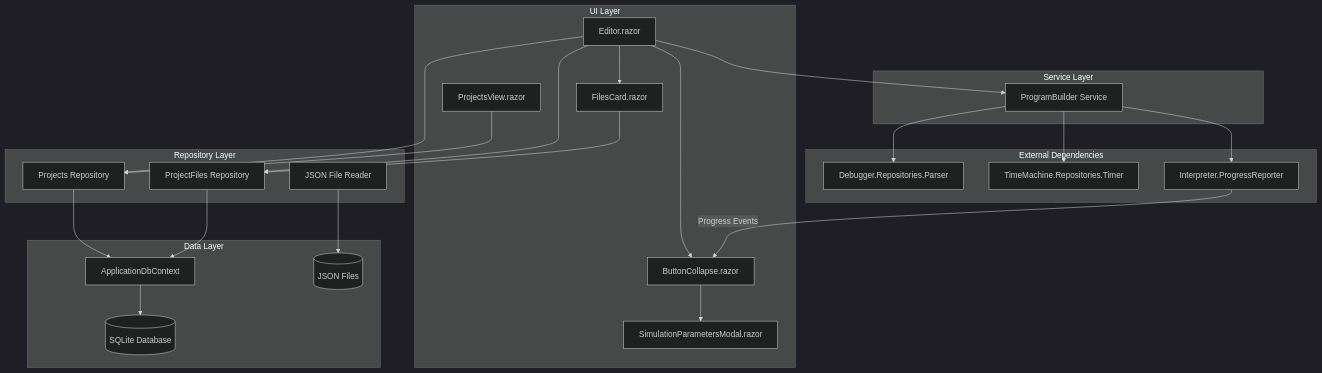
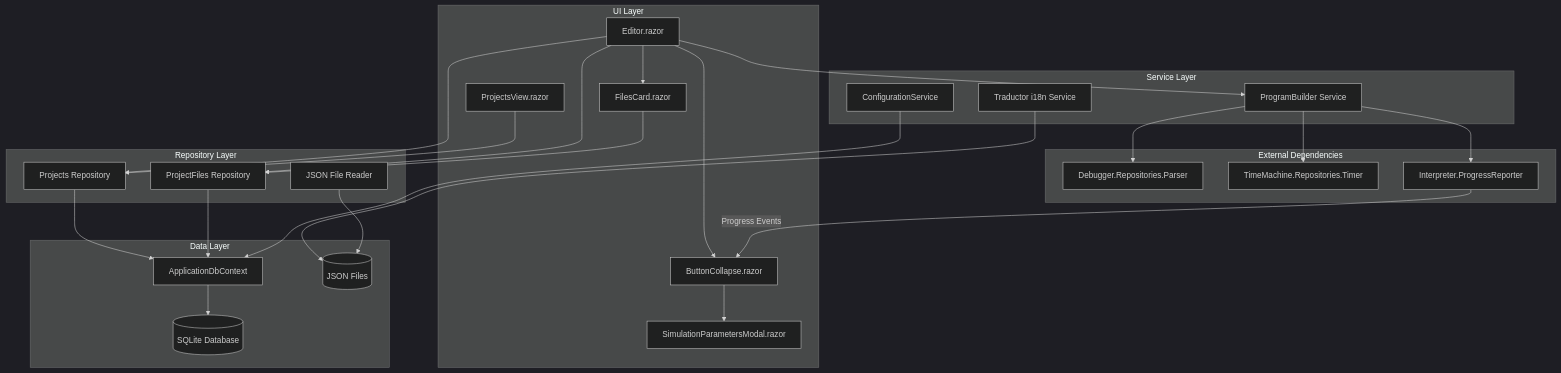
One commit to Kmila9s/Kmila changed the tenth of 11 diagrams in README.md. Above: the diagram before and after it, drawn with Mermaid (dark theme). The commit also changed other lines of this file and 44 other files, not shown here.

````diff
--- a/README.md
+++ b/README.md
@@ -563,52 +568,56 @@
 ```mermaid
 graph TD
     subgraph "UI Layer"
         Editor[Editor.razor]
         ProjectsView[ProjectsView.razor]
         ButtonCollapse[ButtonCollapse.razor]
         SimParams[SimulationParametersModal.razor]
         FilesCard[FilesCard.razor]
     end
     
     subgraph "Service Layer"
         ProgramBuilder[ProgramBuilder Service]
+        ConfigService[ConfigurationService]
+        Traductor[Traductor i18n Service]
     end
     
     subgraph "Repository Layer"
         ProjectsRepo[Projects Repository]
         ProjectFilesRepo[ProjectFiles Repository]
         JSONFileReader[JSON File Reader]
     end
     
     subgraph "Data Layer"
         AppDbContext[ApplicationDbContext]
         SQLite[(SQLite Database)]
         JSONFiles[(JSON Files)]
     end
     
     subgraph "External Dependencies"
         DebuggerParser[Debugger.Repositories.Parser]
         TimeMachine[TimeMachine.Repositories.Timer]
         ProgressReporter[Interpreter.ProgressReporter]
     end
 
     Editor --> ButtonCollapse
     Editor --> FilesCard
     ButtonCollapse --> SimParams
     Editor --> ProgramBuilder
 
     ProgramBuilder --> DebuggerParser
     ProgramBuilder --> TimeMachine
     ProgramBuilder --> ProgressReporter
     ProgressReporter -->|Progress Events| ButtonCollapse
     
     Editor --> ProjectsRepo
     Editor --> ProjectFilesRepo
     ProjectsView --> ProjectsRepo
     FilesCard --> ProjectFilesRepo
     
     ProjectsRepo --> AppDbContext
     ProjectFilesRepo --> AppDbContext
+    ConfigService --> AppDbContext
+    Traductor --> JSONFiles
     AppDbContext --> SQLite
     JSONFileReader --> JSONFiles
 ```
````
